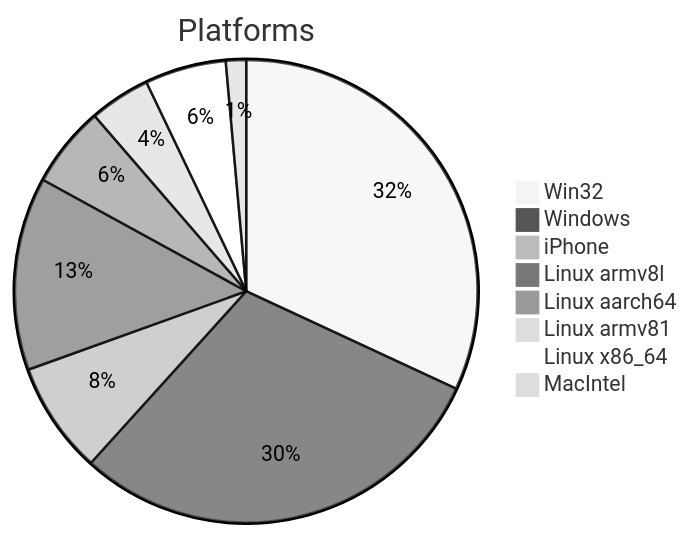
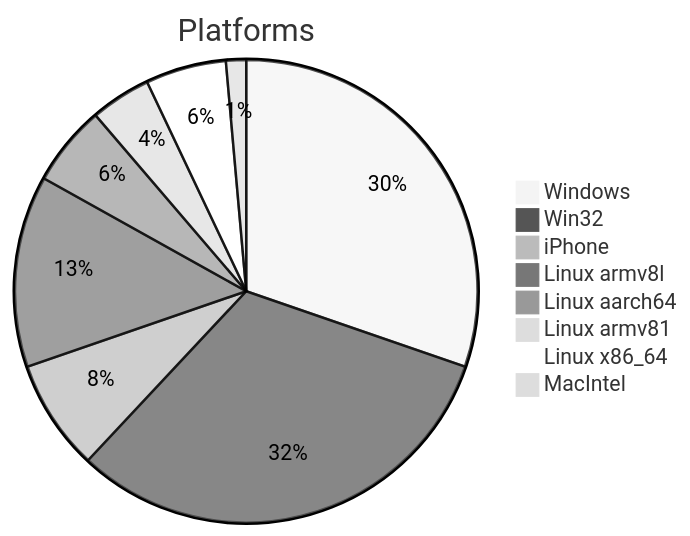
One commit to Krugou/socials changed the first of 2 diagrams in DATA_REPORT.md. Above: the diagram before and after it, drawn with Mermaid (neutral theme). The commit also changed other lines of this file and 2 other files, not shown here.

````diff
--- a/DATA_REPORT.md
+++ b/DATA_REPORT.md
@@ -9,11 +9,11 @@
 ```mermaid
 pie title Platforms
+    "Windows" : 43
     "Win32" : 45
-    "Windows" : 42
     "iPhone" : 11
     "Linux armv8l" : 19
     "Linux aarch64" : 8
     "Linux armv81" : 6
     "Linux x86_64" : 8
     "MacIntel" : 2
 ```
````
